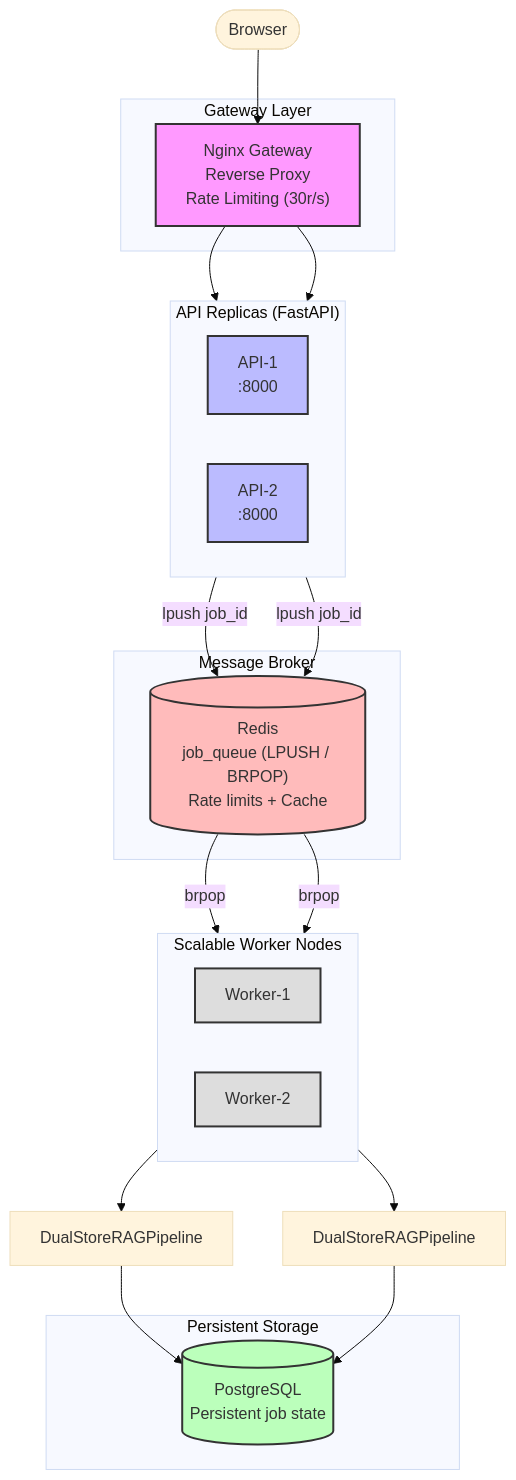
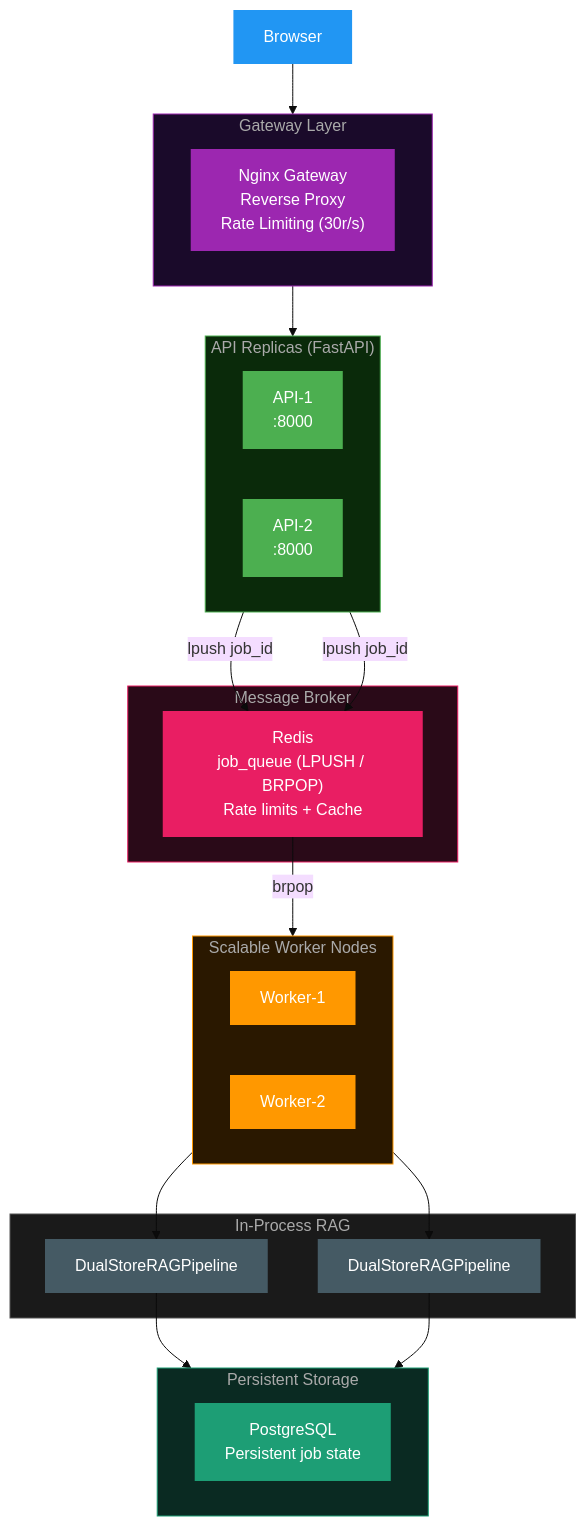
Before and after one commit to Sakshamyadav15/SupportRAG: the second of 4 diagrams in README.md, drawn with Mermaid (base theme). The commit also changed other lines of this file and 4 other files, not shown here.

Commit message:
Update Mermaid graphs to use rich dark-themed styles

````diff
--- a/README.md
+++ b/README.md
@@ -87,54 +87,63 @@
 ```mermaid
-flowchart TD
-    Browser([Browser]) --> Nginx
+graph TB
+    BROWSER["  Browser  "]
 
-    subgraph Gateway ["Gateway Layer"]
-        Nginx["Nginx Gateway\nReverse Proxy\nRate Limiting (30r/s)"]
+    subgraph GATEWAY["  Gateway Layer  "]
+        NGINX["Nginx Gateway\nReverse Proxy\nRate Limiting (30r/s)"]
     end
 
-    subgraph AppLayer ["API Replicas (FastAPI)"]
+    subgraph APPLAYER["  API Replicas (FastAPI)  "]
         direction LR
         API1["API-1\n:8000"]
         API2["API-2\n:8000"]
     end
 
-    Nginx --> API1
-    Nginx --> API2
-
-    subgraph Queue ["Message Broker"]
-        RedisQueue[("Redis\njob_queue (LPUSH / BRPOP)\nRate limits + Cache")]
+    subgraph QUEUE["  Message Broker  "]
+        REDIS["Redis\njob_queue (LPUSH / BRPOP)\nRate limits + Cache"]
     end
 
-    API1 -- lpush job_id --> RedisQueue
-    API2 -- lpush job_id --> RedisQueue
-
-    subgraph Workers ["Scalable Worker Nodes"]
+    subgraph WORKERS["  Scalable Worker Nodes  "]
         direction LR
-        Worker1["Worker-1"]
-        Worker2["Worker-2"]
+        W1["Worker-1"]
+        W2["Worker-2"]
     end
 
-    RedisQueue -- brpop --> Worker1
-    RedisQueue -- brpop --> Worker2
-
-    RAG1["DualStoreRAGPipeline"]
-    RAG2["DualStoreRAGPipeline"]
-    
-    Worker1 --> RAG1
-    Worker2 --> RAG2
-
-    subgraph DB ["Persistent Storage"]
-        Postgres[("PostgreSQL\nPersistent job state")]
+    subgraph PIPELINES["  In-Process RAG  "]
+        RAG1["DualStoreRAGPipeline"]
+        RAG2["DualStoreRAGPipeline"]
     end
 
-    RAG1 --> Postgres
-    RAG2 --> Postgres
+    subgraph DB["  Persistent Storage  "]
+        PG["PostgreSQL\nPersistent job state"]
+    end
 
-    style Nginx fill:#f9f,stroke:#333,stroke-width:2px
-    style API1 fill:#bbf,stroke:#333,stroke-width:2px
-    style API2 fill:#bbf,stroke:#333,stroke-width:2px
-    style RedisQueue fill:#fbb,stroke:#333,stroke-width:2px
-    style Worker1 fill:#ddd,stroke:#333,stroke-width:2px
-    style Worker2 fill:#ddd,stroke:#333,stroke-width:2px
-    style Postgres fill:#bfb,stroke:#333,stroke-width:2px
+    BROWSER --> GATEWAY
+    GATEWAY --> APPLAYER
+    API1 -- lpush job_id --> REDIS
+    API2 -- lpush job_id --> REDIS
+    REDIS -- brpop --> WORKERS
+    
+    W1 --> RAG1
+    W2 --> RAG2
+
+    RAG1 --> DB
+    RAG2 --> DB
+
+    style BROWSER fill:#2196F3,color:#fff,stroke:none
+    style NGINX fill:#9C27B0,color:#fff,stroke:none
+    style API1 fill:#4CAF50,color:#fff,stroke:none
+    style API2 fill:#4CAF50,color:#fff,stroke:none
+    style REDIS fill:#E91E63,color:#fff,stroke:none
+    style W1 fill:#FF9800,color:#fff,stroke:none
+    style W2 fill:#FF9800,color:#fff,stroke:none
+    style RAG1 fill:#455A64,color:#fff,stroke:none
+    style RAG2 fill:#455A64,color:#fff,stroke:none
+    style PG fill:#1D9E75,color:#fff,stroke:none
+
+    style GATEWAY fill:#1a0a2a,stroke:#9C27B0,stroke-width:1px,color:#aaa
+    style APPLAYER fill:#0a2a0a,stroke:#4CAF50,stroke-width:1px,color:#aaa
+    style QUEUE fill:#2a0a18,stroke:#E91E63,stroke-width:1px,color:#aaa
+    style WORKERS fill:#2a1800,stroke:#FF9800,stroke-width:1px,color:#aaa
+    style PIPELINES fill:#1a1a1a,stroke:#555,stroke-width:1px,color:#aaa
+    style DB fill:#0a2a22,stroke:#1D9E75,stroke-width:1px,color:#aaa
 ```
````
